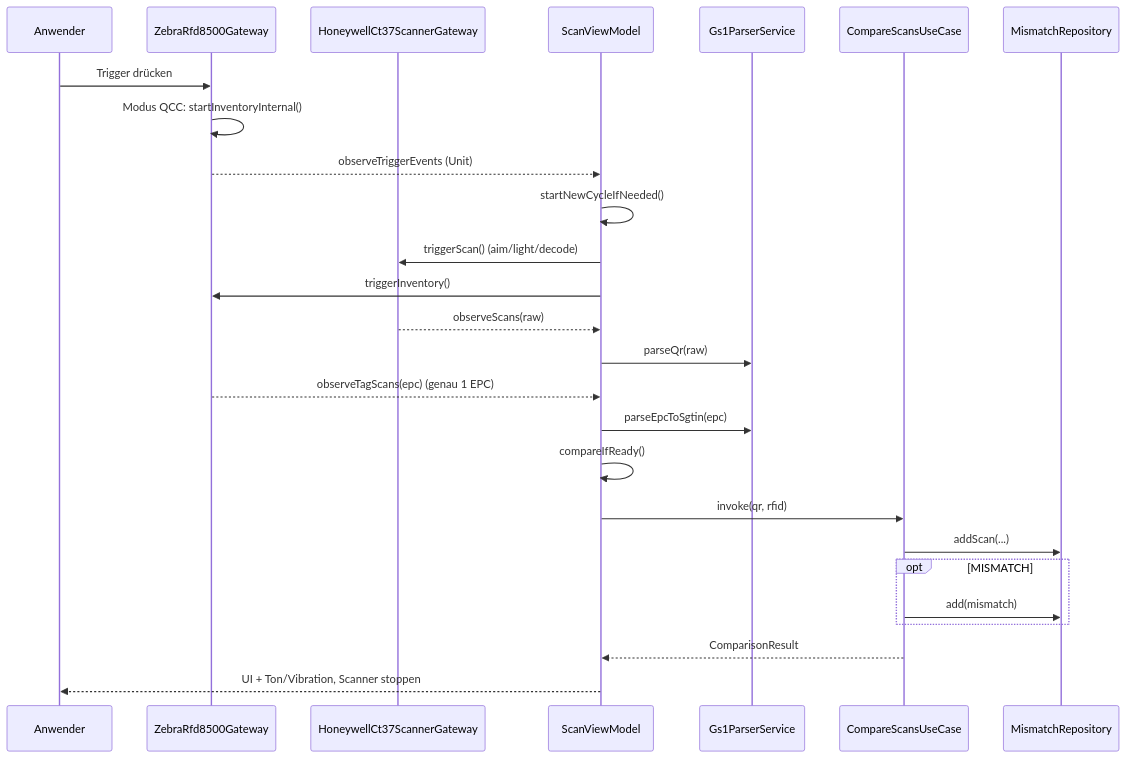
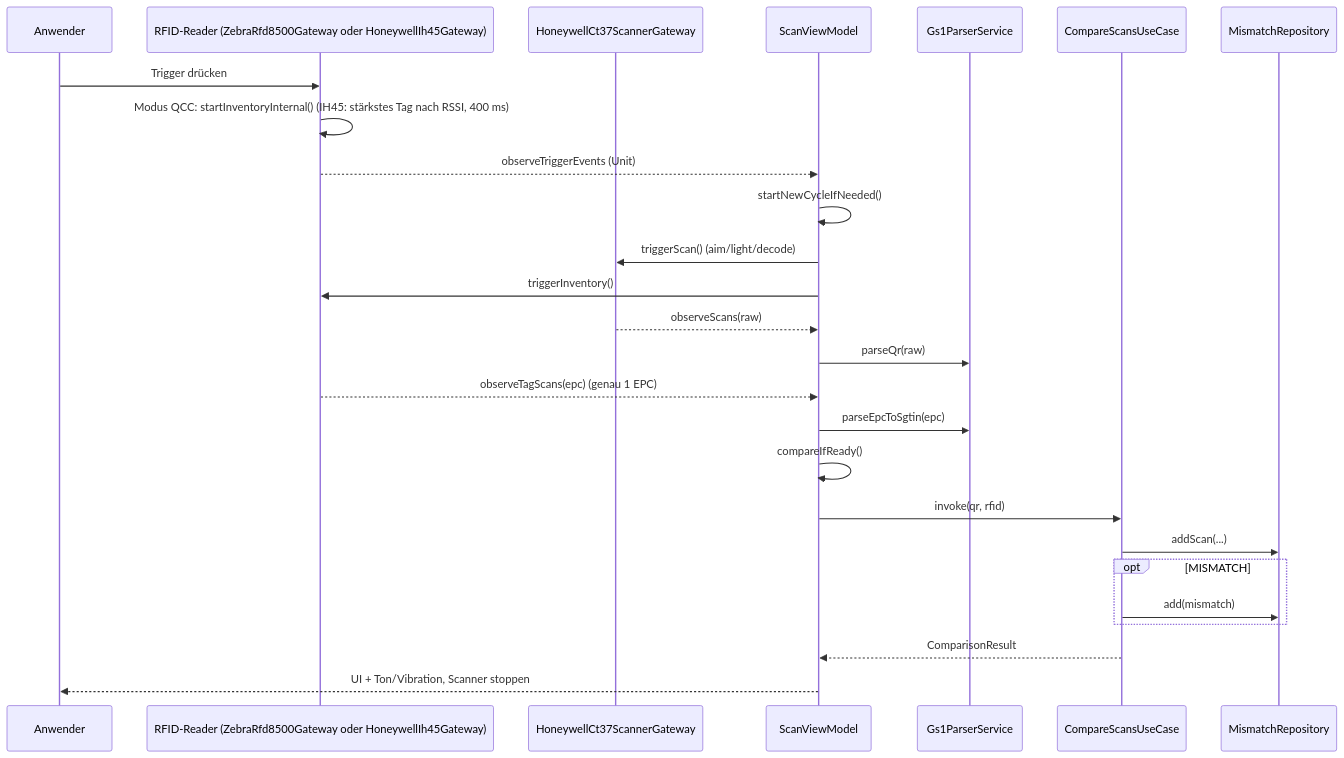
One commit to Kamilski86/QCC changed the third of 5 diagrams in docs/confluence/05-architektur.md. Above: the diagram before and after it, drawn with Mermaid. The commit also changed other lines of this file and 38 other files, not shown here.

First line of the commit message:
feat(rfid): Honeywell IH45 as second RFID reader (USB), reader switching, trigger-confirmed finds

````diff
--- a/docs/confluence/05-architektur.md
+++ b/docs/confluence/05-architektur.md
@@ -134,29 +145,29 @@
 ```mermaid
 sequenceDiagram
     participant U as Anwender
-    participant Z as ZebraRfd8500Gateway
+    participant Z as RFID-Reader (ZebraRfd8500Gateway oder HoneywellIh45Gateway)
     participant H as HoneywellCt37ScannerGateway
     participant VM as ScanViewModel
     participant P as Gs1ParserService
     participant UC as CompareScansUseCase
     participant R as MismatchRepository
 
     U->>Z: Trigger drücken
-    Z->>Z: Modus QCC: startInventoryInternal()
+    Z->>Z: Modus QCC: startInventoryInternal() (IH45: stärkstes Tag nach RSSI, 400 ms)
     Z-->>VM: observeTriggerEvents (Unit)
     VM->>VM: startNewCycleIfNeeded()
     VM->>H: triggerScan() (aim/light/decode)
     VM->>Z: triggerInventory()
     H-->>VM: observeScans(raw)
     VM->>P: parseQr(raw)
     Z-->>VM: observeTagScans(epc) (genau 1 EPC)
     VM->>P: parseEpcToSgtin(epc)
     VM->>VM: compareIfReady()
     VM->>UC: invoke(qr, rfid)
     UC->>R: addScan(...)
     opt MISMATCH
         UC->>R: add(mismatch)
     end
     UC-->>VM: ComparisonResult
     VM-->>U: UI + Ton/Vibration, Scanner stoppen
 ```
````
